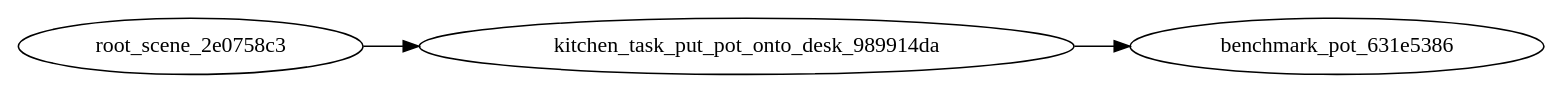
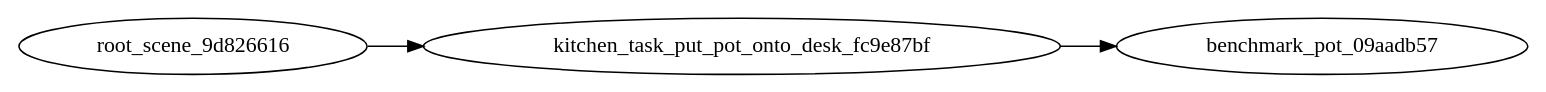
One commit to bodongiee/genie_sim_workplace changed the diagram in source/geniesim/benchmark/config/llm_task/hold_pot/0/graph.dot. Above: the diagram before and after it, drawn with Graphviz. The commit also changed 568 other files, not shown here.

```diff
--- a/source/geniesim/benchmark/config/llm_task/hold_pot/0/graph.dot
+++ b/source/geniesim/benchmark/config/llm_task/hold_pot/0/graph.dot
@@ -1,6 +1,6 @@
 strict digraph "" {
 	graph [rankdir=LR];
-	root_scene_2e0758c3 -> kitchen_task_put_pot_onto_desk_989914da;
-	benchmark_pot_631e5386	[tags="['dual']"];
-	kitchen_task_put_pot_onto_desk_989914da -> benchmark_pot_631e5386;
+	root_scene_9d826616 -> kitchen_task_put_pot_onto_desk_fc9e87bf;
+	benchmark_pot_09aadb57	[tags="['dual']"];
+	kitchen_task_put_pot_onto_desk_fc9e87bf -> benchmark_pot_09aadb57;
 }
```
